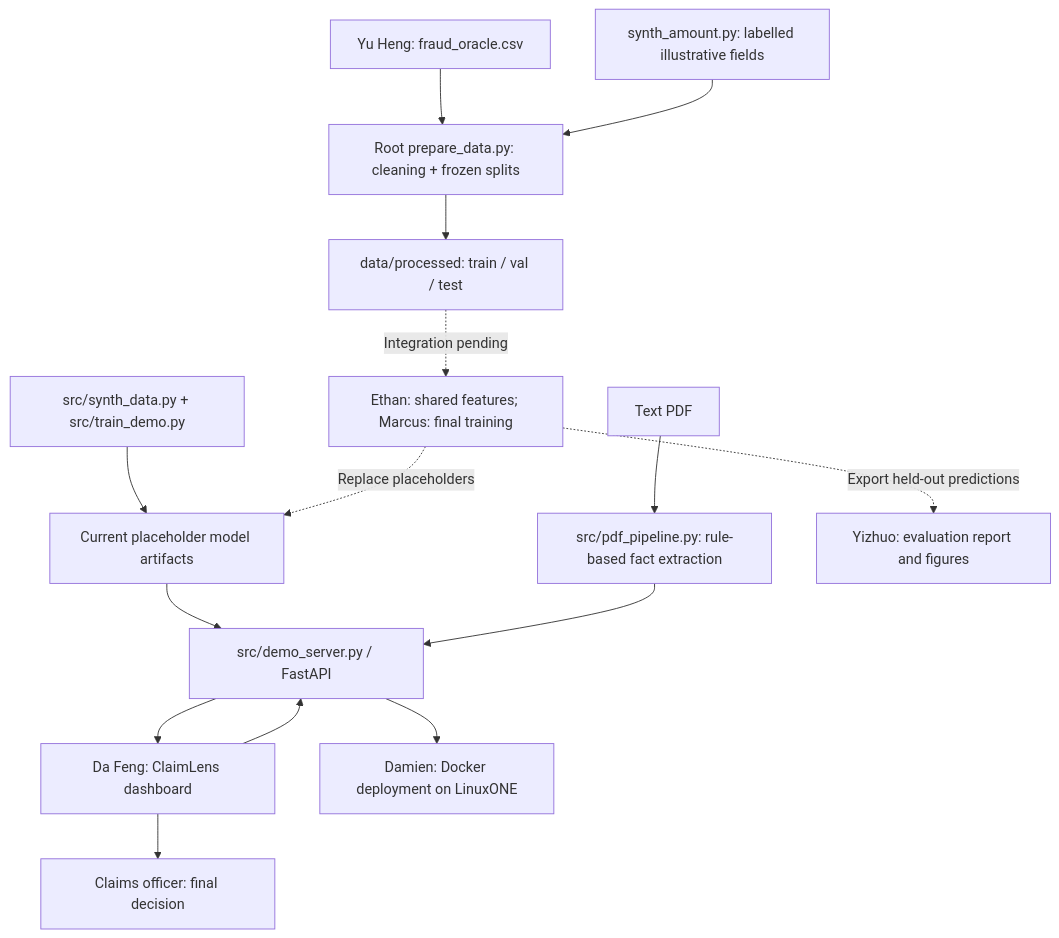
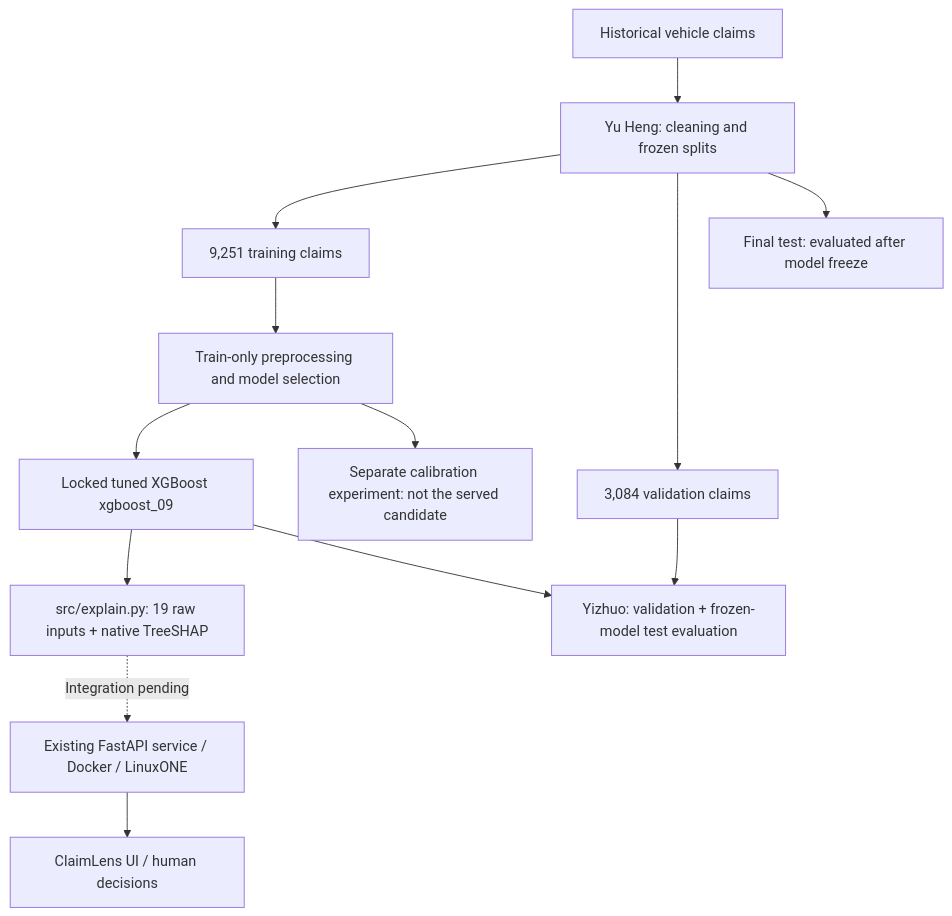
The diagram in docs/architecture.md (damientjk/wedidit), drawn with Mermaid before and after one commit. The commit also changed other lines of this file and 34 other files, not shown here.

Commit message:
Document final model evaluation, figures and integration checks

````diff
--- a/docs/architecture.md
+++ b/docs/architecture.md
@@ -11,17 +15,15 @@
 ```mermaid
 flowchart TB
-    CSV["Yu Heng: fraud_oracle.csv"] --> PREP["Root prepare_data.py: cleaning + frozen splits"]
-    SYN["synth_amount.py: labelled illustrative fields"] --> PREP
-    PREP --> SPLIT["data/processed: train / val / test"]
-    SPLIT -. "Integration pending" .-> FINAL["Ethan: shared features; Marcus: final training"]
-    DEMO["src/synth_data.py + src/train_demo.py"] --> ART["Current placeholder model artifacts"]
-    FINAL -. "Replace placeholders" .-> ART
-    ART --> API["src/demo_server.py / FastAPI"]
-    PDF["Text PDF"] --> EXTRACT["src/pdf_pipeline.py: rule-based fact extraction"]
-    EXTRACT --> API
-    UI["Da Feng: ClaimLens dashboard"] --> API
-    API --> UI
-    UI --> HUMAN["Claims officer: final decision"]
-    FINAL -. "Export held-out predictions" .-> EVAL["Yizhuo: evaluation report and figures"]
-    API --> Z["Damien: Docker deployment on LinuxONE"]
+    RAW["Historical vehicle claims"] --> PREP["Yu Heng: cleaning and frozen splits"]
+    PREP --> TRAIN["9,251 training claims"]
+    PREP --> VAL["3,084 validation claims"]
+    PREP --> TEST["Final test: evaluated after model freeze"]
+    TRAIN --> CV["Train-only preprocessing and model selection"]
+    CV --> LOCK["Locked tuned XGBoost xgboost_09"]
+    LOCK --> EXPLAIN["src/explain.py: 19 raw inputs + native TreeSHAP"]
+    LOCK --> EVAL["Yizhuo: validation + frozen-model test evaluation"]
+    VAL --> EVAL
+    EXPLAIN -. "Integration pending" .-> API["Existing FastAPI service / Docker / LinuxONE"]
+    API --> UI["ClaimLens UI / human decisions"]
+    CV --> CAL["Separate calibration experiment: not the served candidate"]
 ```
````
